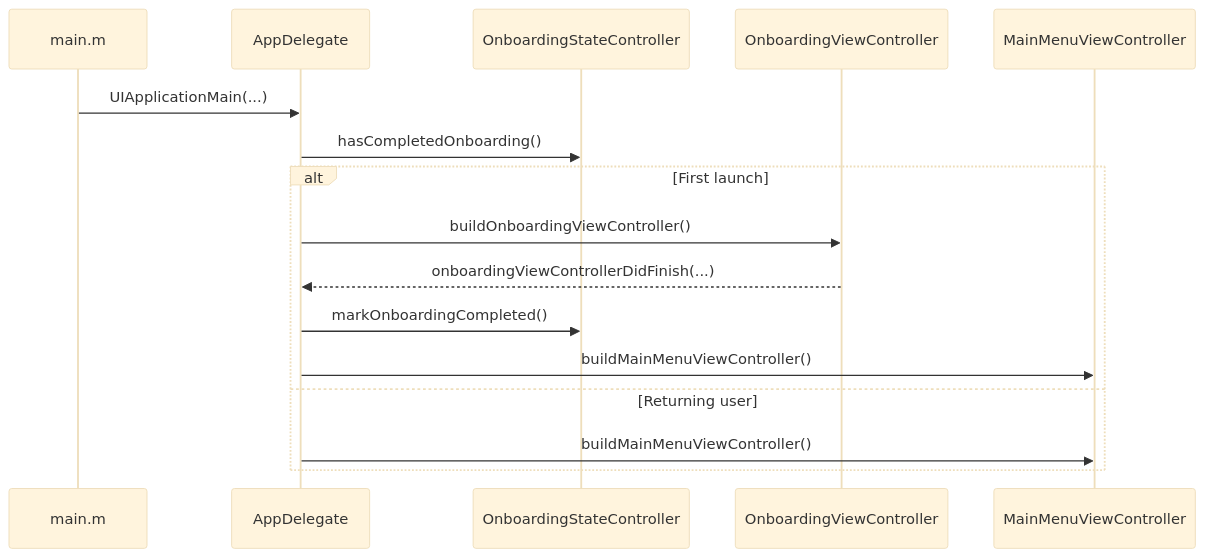
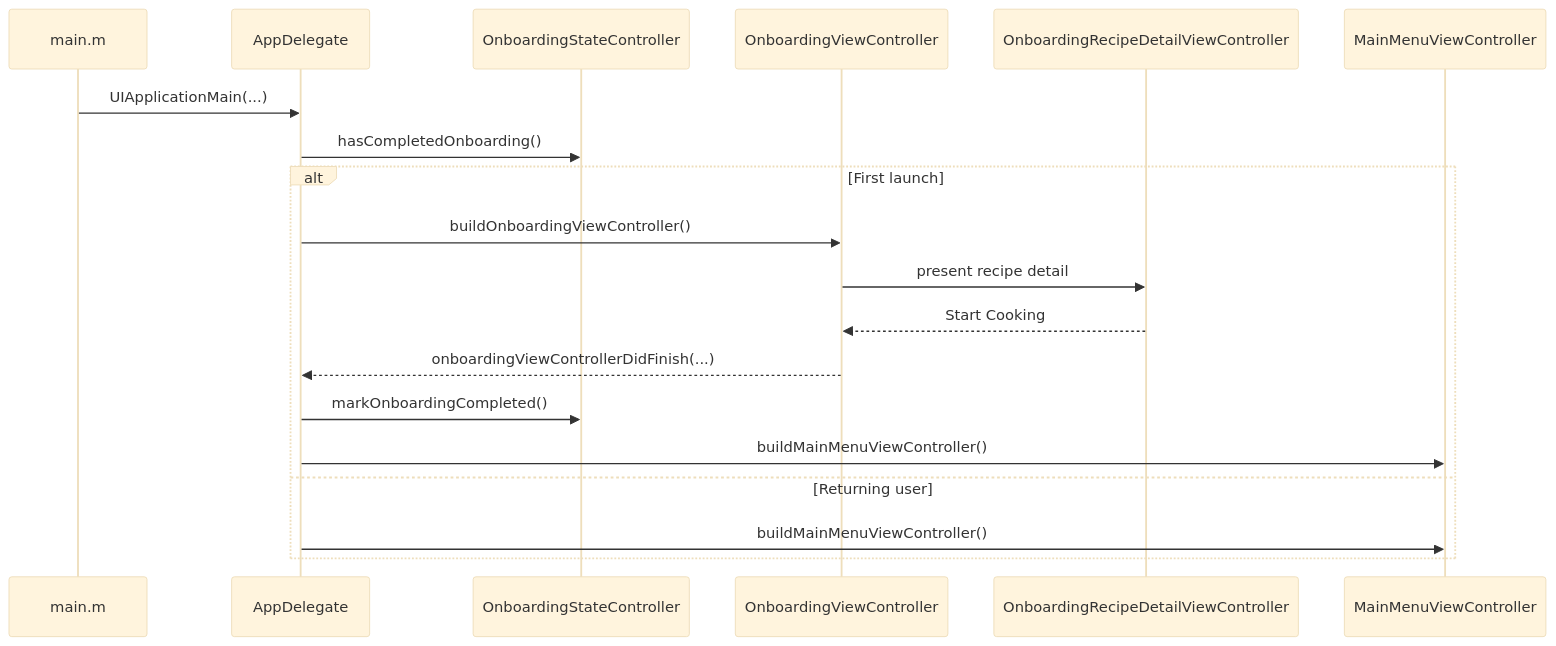
Before and after one commit to bengidev/ios_mrr_learning_project: the second of 6 diagrams in ARCHITECTURE.md, drawn with Mermaid (base theme). The commit also changed other lines of this file and 5 other files, not shown here.

````diff
--- a/ARCHITECTURE.md
+++ b/ARCHITECTURE.md
@@ -48,20 +60,23 @@
 ```mermaid
 sequenceDiagram
   participant main as main.m
   participant app as AppDelegate
   participant state as OnboardingStateController
   participant onboarding as OnboardingViewController
+  participant detail as OnboardingRecipeDetailViewController
   participant menu as MainMenuViewController
 
   main->>app: UIApplicationMain(...)
   app->>state: hasCompletedOnboarding()
 
   alt First launch
     app->>onboarding: buildOnboardingViewController()
+    onboarding->>detail: present recipe detail
+    detail-->>onboarding: Start Cooking
     onboarding-->>app: onboardingViewControllerDidFinish(...)
     app->>state: markOnboardingCompleted()
     app->>menu: buildMainMenuViewController()
   else Returning user
     app->>menu: buildMainMenuViewController()
   end
 ```
````
